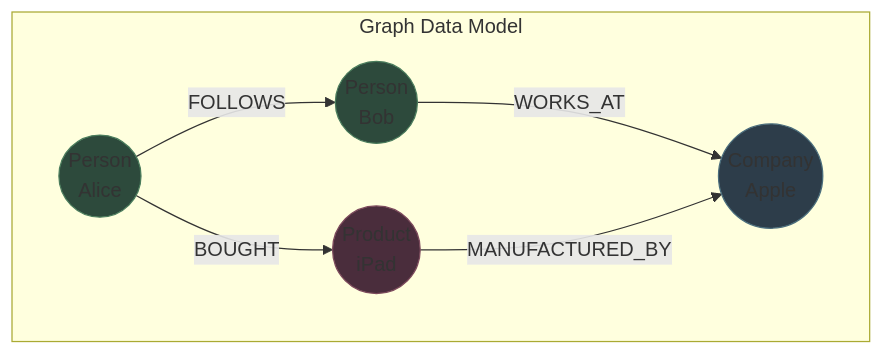
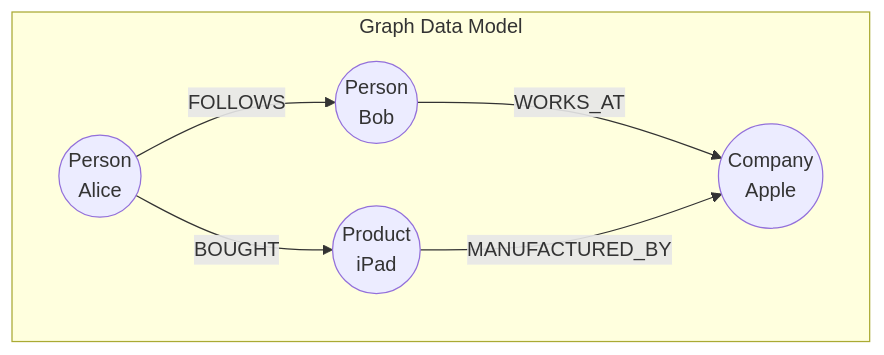
One commit to Yash-Kavaiya/The-System-Design-Masterclass changed diagram 13 of 16 in system design beginner/9. Non-Relational Databases.md. Above: the diagram before and after it, drawn with Mermaid. The commit also changed other lines of this file, not shown here.

````diff
--- a/system design beginner/9. Non-Relational Databases.md
+++ b/system design beginner/9. Non-Relational Databases.md
@@ -609,19 +567,14 @@
 ```mermaid
 graph TB
     subgraph Example["Graph Data Model"]
         A((Person<br/>Alice))
         B((Person<br/>Bob))
         P((Product<br/>iPad))
         C((Company<br/>Apple))
         
         A -->|FOLLOWS| B
         A -->|BOUGHT| P
         B -->|WORKS_AT| C
         P -->|MANUFACTURED_BY| C
     end
-    
-    style A fill:#2d4a3c,stroke:#4a7c5c
-    style B fill:#2d4a3c,stroke:#4a7c5c
-    style P fill:#4a2d3c,stroke:#7c4a5c
-    style C fill:#2d3d4a,stroke:#4a6d7c
 ```
````
